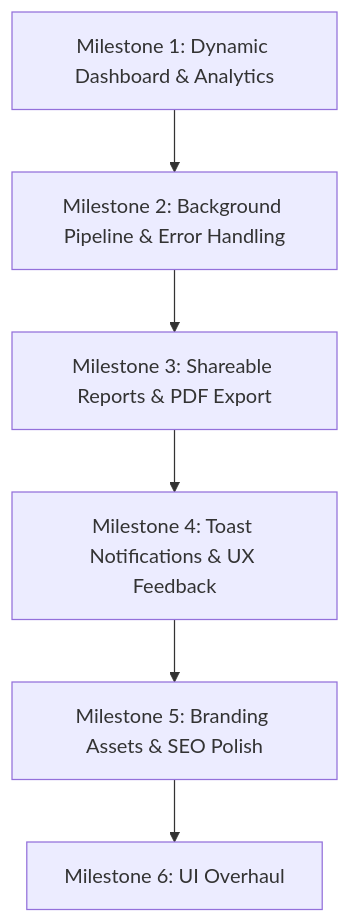
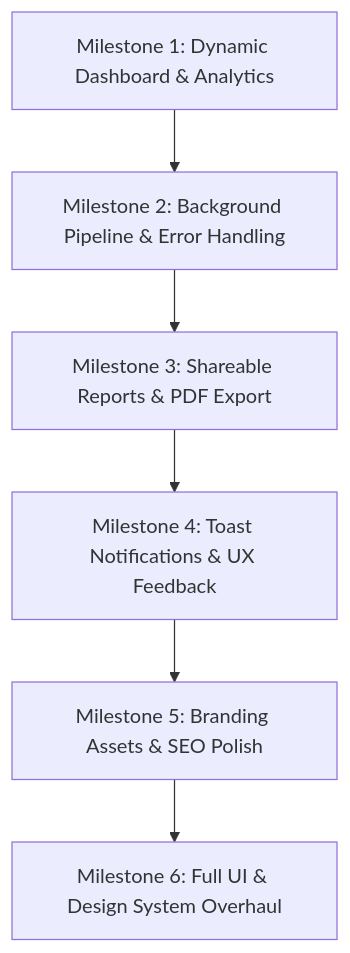
Before and after one commit to Afolabi-bit/AuditHQ: the diagram in plan.md, drawn with Mermaid. The commit also changed other lines of this file and 21 other files, not shown here.

````diff
--- a/plan.md
+++ b/plan.md
@@ -85,8 +19,8 @@
 ```mermaid
 graph TD
     A[Milestone 1: Dynamic Dashboard & Analytics] --> B[Milestone 2: Background Pipeline & Error Handling]
     B --> C[Milestone 3: Shareable Reports & PDF Export]
     C --> D[Milestone 4: Toast Notifications & UX Feedback]
     D --> E[Milestone 5: Branding Assets & SEO Polish]
-    E --> F[Milestone 6: UI Overhaul]
+    E --> F[Milestone 6: Full UI & Design System Overhaul]
 ```
````
